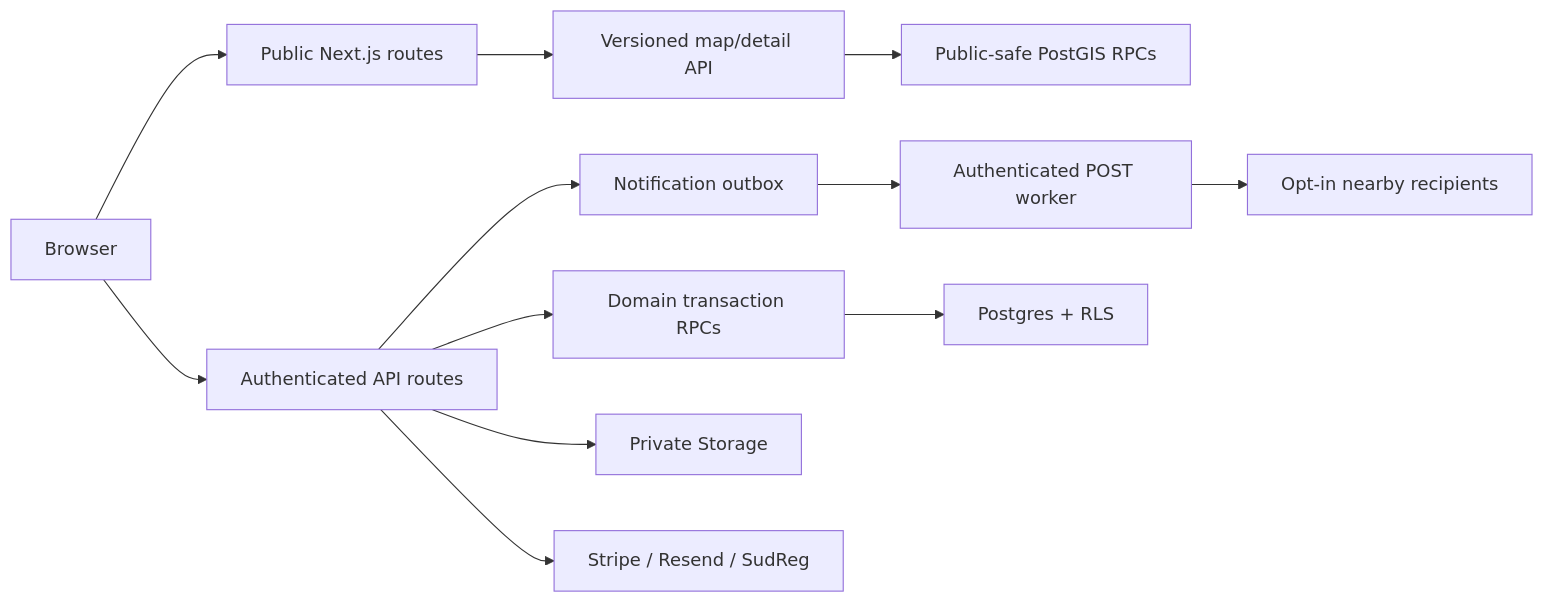
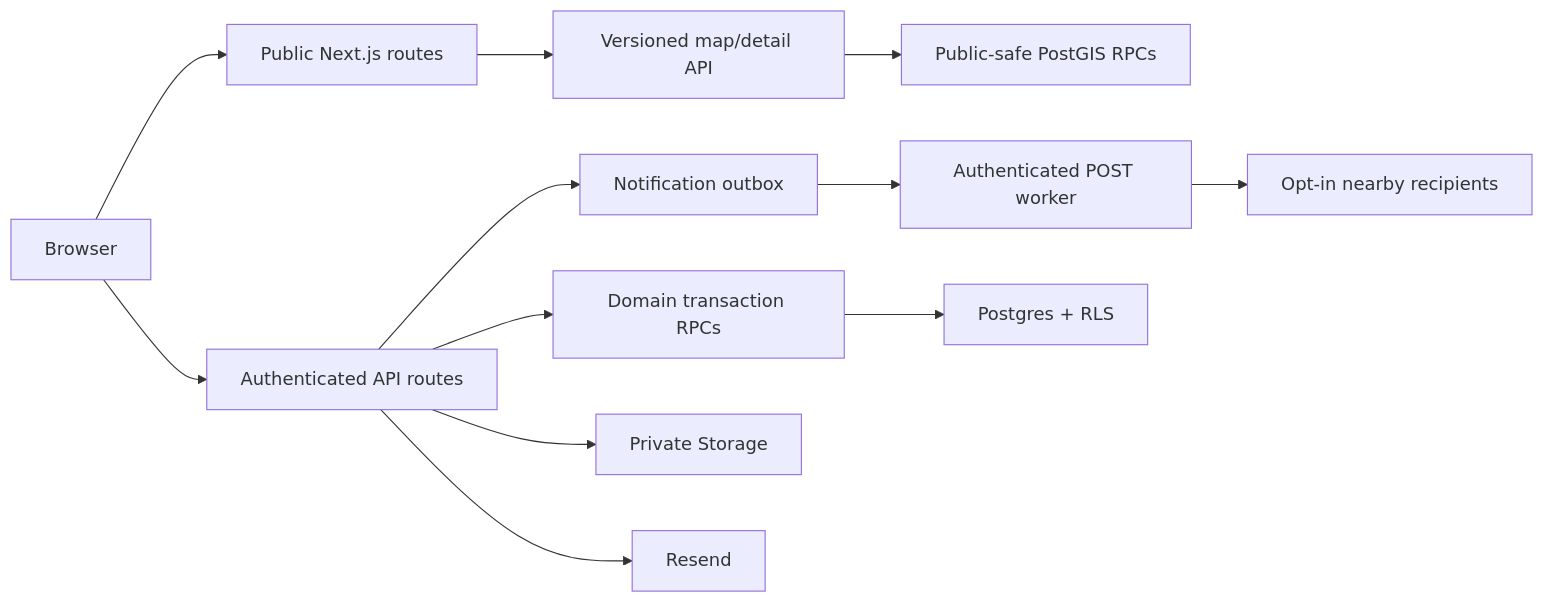
One commit to id55854/dajsrce changed the diagram in TECHNICAL_IMPLEMENTATION.md. Above: the diagram before and after it, drawn with Mermaid. The commit also changed other lines of this file and 31 other files, not shown here.

````diff
--- a/TECHNICAL_IMPLEMENTATION.md
+++ b/TECHNICAL_IMPLEMENTATION.md
@@ -29,14 +28,14 @@
 ```mermaid
 flowchart LR
   B["Browser"] --> P["Public Next.js routes"]
   B --> A["Authenticated API routes"]
   P --> M["Versioned map/detail API"]
   M --> R["Public-safe PostGIS RPCs"]
   A --> S["Domain transaction RPCs"]
   A --> Q["Notification outbox"]
   Q --> W["Authenticated POST worker"]
   W --> N["Opt-in nearby recipients"]
   S --> D["Postgres + RLS"]
   A --> O["Private Storage"]
-  A --> X["Stripe / Resend / SudReg"]
+  A --> X["Resend"]
 ```
````
